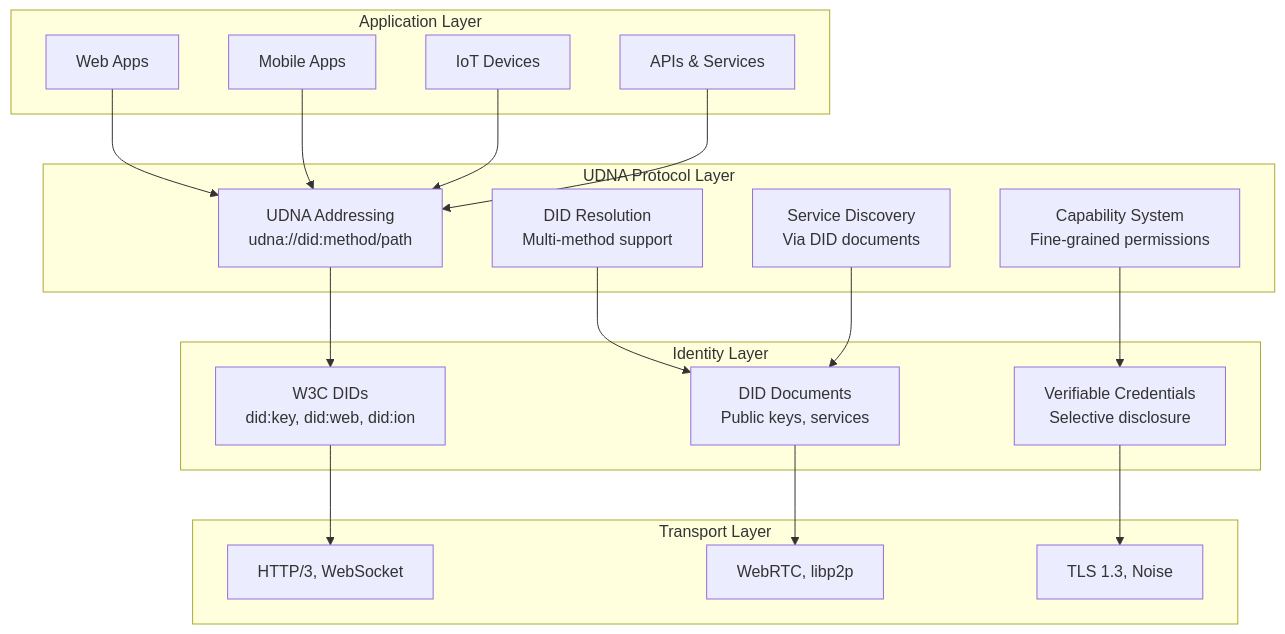
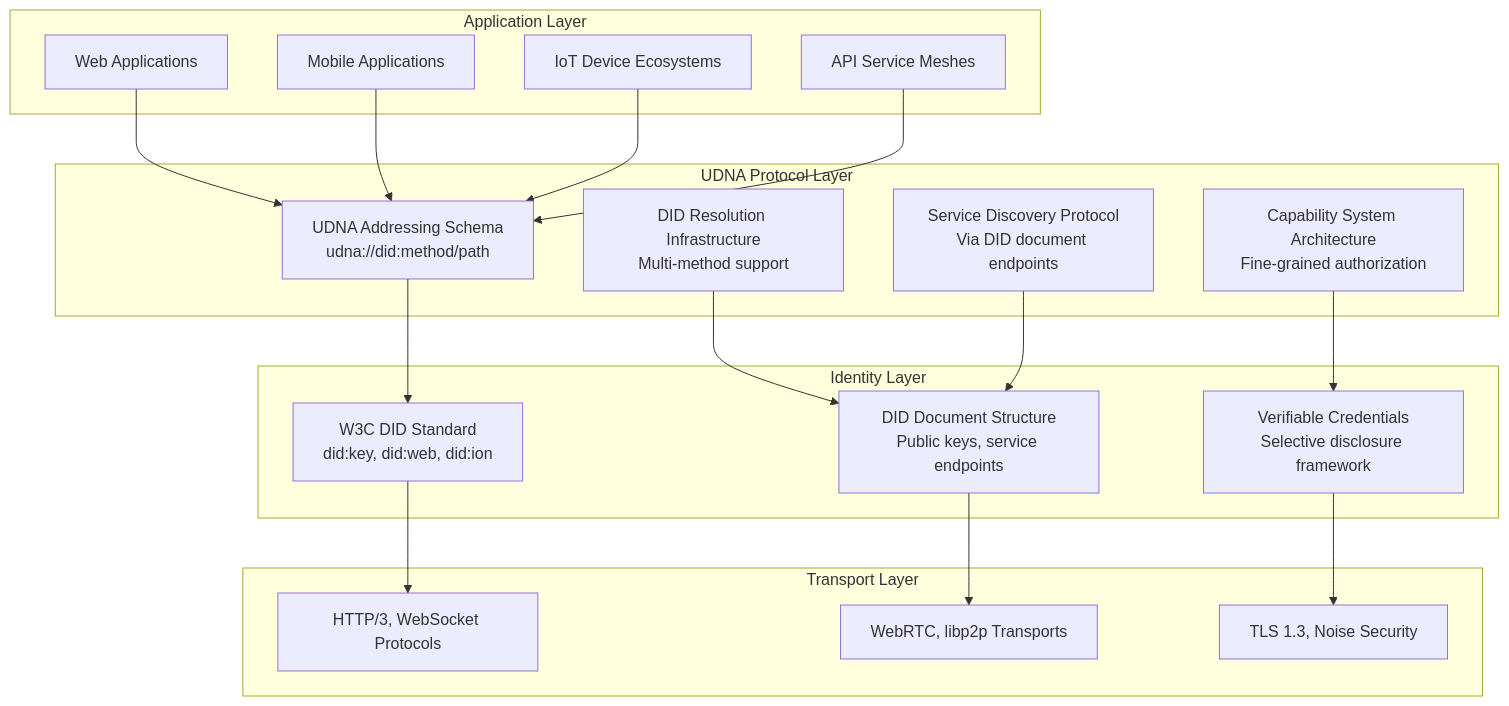
Before and after one commit to w3c-cg/udna: the first of 4 diagrams in README.md, drawn with Mermaid. The commit also changed other lines of this file, not shown here.

````diff
--- a/README.md
+++ b/README.md
@@ -203,42 +203,42 @@
 ```mermaid
 graph TB
     subgraph "Application Layer"
-        A1[Web Apps]
-        A2[Mobile Apps]
-        A3[IoT Devices]
-        A4[APIs & Services]
+        A1[Web Applications]
+        A2[Mobile Applications]
+        A3[IoT Device Ecosystems]
+        A4[API Service Meshes]
     end
     
     subgraph "UDNA Protocol Layer"
-        B1[UDNA Addressing<br/>udna://did:method/path]
-        B2[DID Resolution<br/>Multi-method support]
-        B3[Capability System<br/>Fine-grained permissions]
-        B4[Service Discovery<br/>Via DID documents]
+        B1[UDNA Addressing Schema<br/>udna://did:method/path]
+        B2[DID Resolution Infrastructure<br/>Multi-method support]
+        B3[Capability System Architecture<br/>Fine-grained authorization]
+        B4[Service Discovery Protocol<br/>Via DID document endpoints]
     end
     
     subgraph "Identity Layer"
-        C1[W3C DIDs<br/>did:key, did:web, did:ion]
-        C2[DID Documents<br/>Public keys, services]
-        C3[Verifiable Credentials<br/>Selective disclosure]
+        C1[W3C DID Standard<br/>did:key, did:web, did:ion]
+        C2[DID Document Structure<br/>Public keys, service endpoints]
+        C3[Verifiable Credentials<br/>Selective disclosure framework]
     end
     
     subgraph "Transport Layer"
-        D1[HTTP/3, WebSocket]
-        D2[WebRTC, libp2p]
-        D3[TLS 1.3, Noise]
+        D1[HTTP/3, WebSocket Protocols]
+        D2[WebRTC, libp2p Transports]
+        D3[TLS 1.3, Noise Security]
     end
     
     A1 --> B1
     A2 --> B1
     A3 --> B1
     A4 --> B1
     
     B1 --> C1
     B2 --> C2
     B3 --> C3
     B4 --> C2
     
     C1 --> D1
     C2 --> D2
     C3 --> D3
 ```
````
